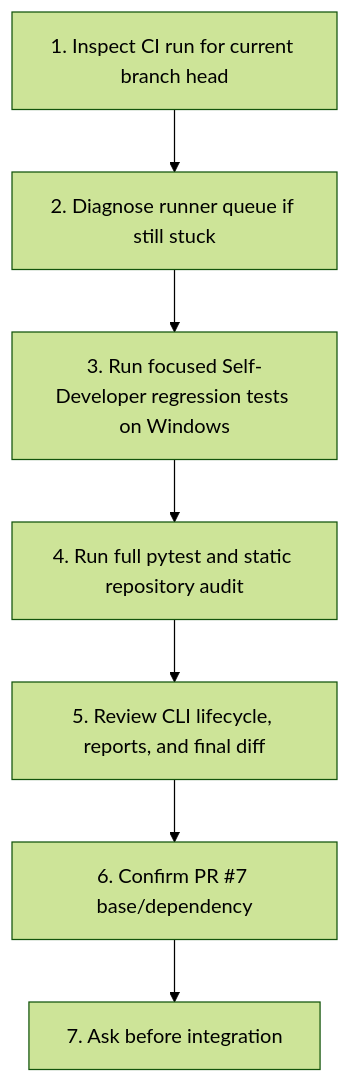
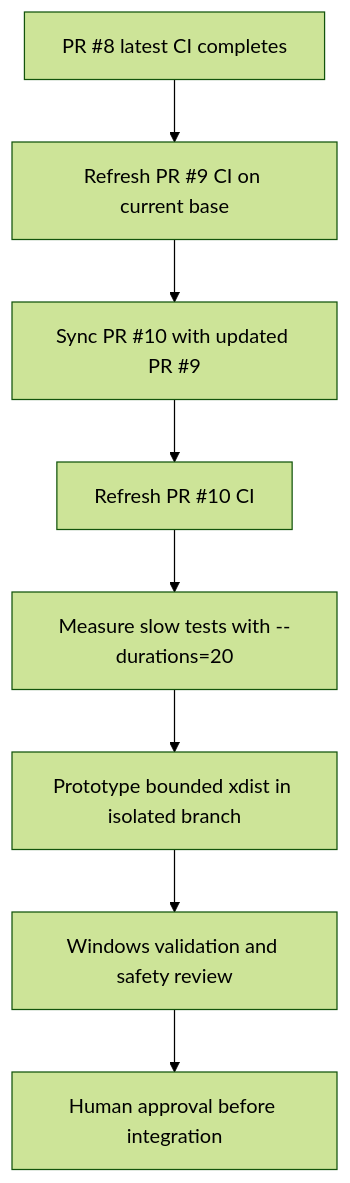
One commit to deathkernel/TARA changed the sixth of 7 diagrams in README.md. Above: the diagram before and after it, drawn with Mermaid (forest theme). The commit also changed other lines of this file, not shown here.

Commit message:
docs: refresh stacked CI evidence and test speed plan

````diff
--- a/README.md
+++ b/README.md
@@ -140,9 +152,10 @@
 ```mermaid
 flowchart TD
-    N1[1. Inspect CI run for current branch head] --> N2[2. Diagnose runner queue if still stuck]
-    N2 --> N3[3. Run focused Self-Developer regression tests on Windows]
-    N3 --> N4[4. Run full pytest and static repository audit]
-    N4 --> N5[5. Review CLI lifecycle, reports, and final diff]
-    N5 --> N6[6. Confirm PR #7 base/dependency]
-    N6 --> N7[7. Ask before integration]
+    A[PR #8 latest CI completes] --> B[Refresh PR #9 CI on current base]
+    B --> C[Sync PR #10 with updated PR #9]
+    C --> D[Refresh PR #10 CI]
+    D --> E[Measure slow tests with --durations=20]
+    E --> F[Prototype bounded xdist in isolated branch]
+    F --> G[Windows validation and safety review]
+    G --> H[Human approval before integration]
 ```
````
